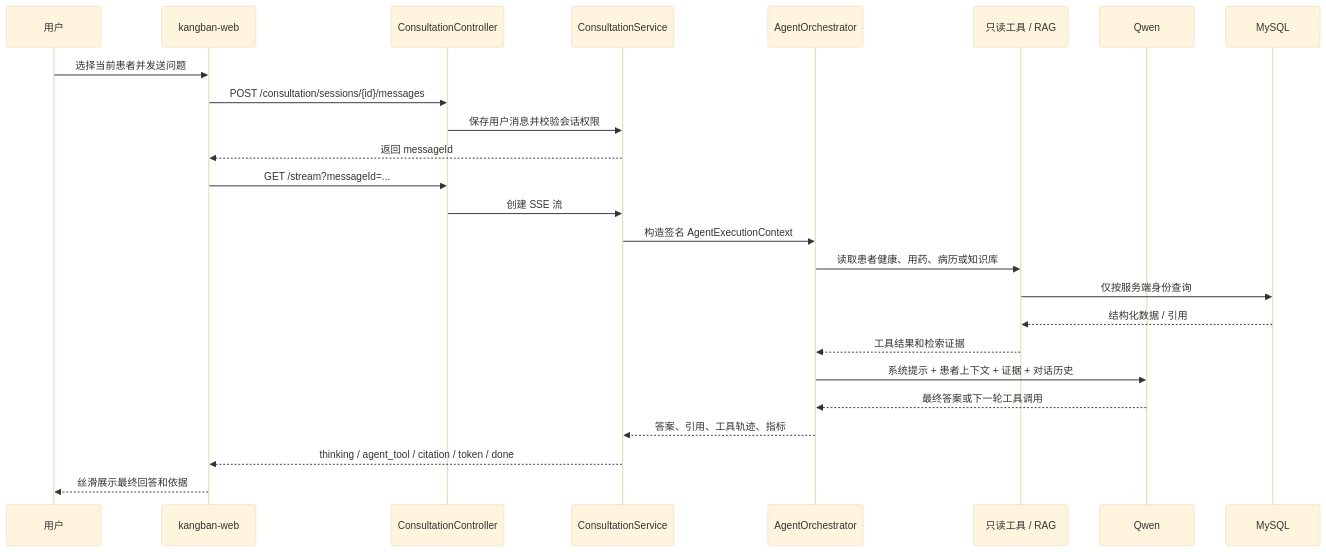
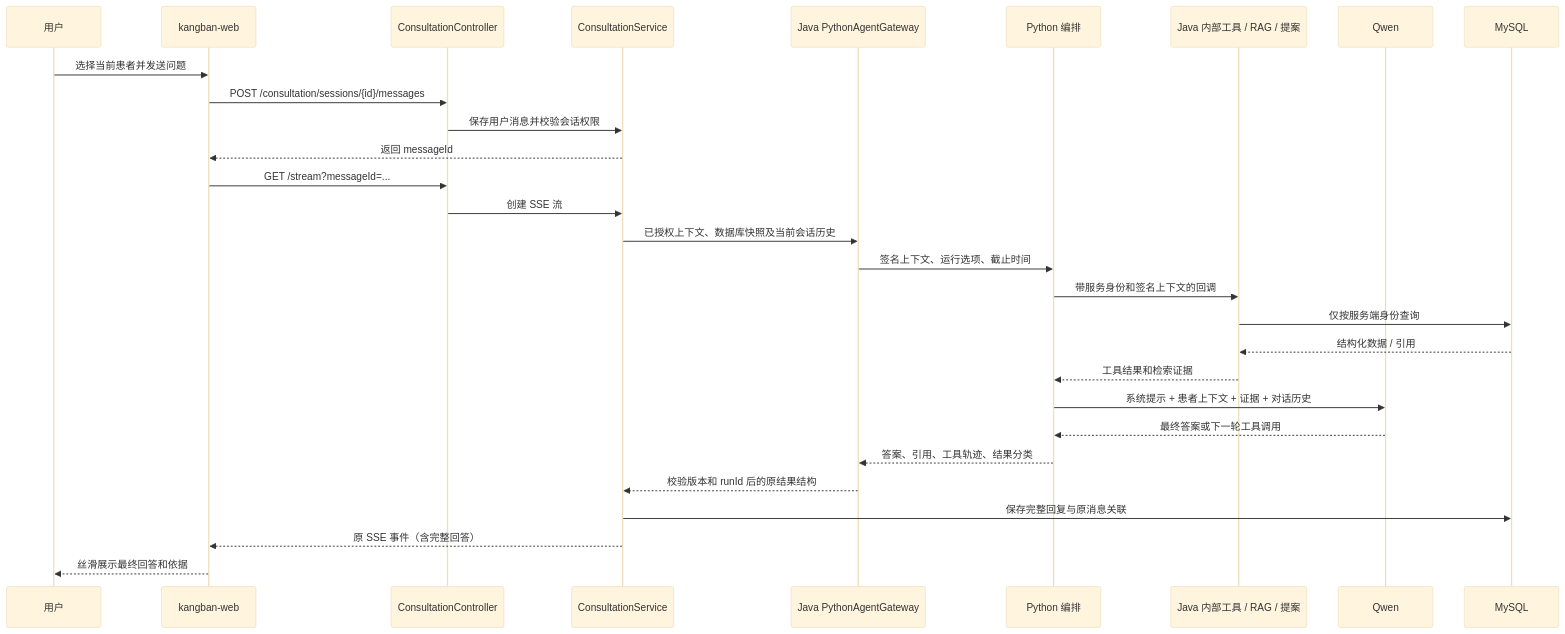
The second of 2 diagrams in docs/agent-architecture.md (Eg0-11/kangban), drawn with Mermaid (base theme) before and after one commit. The commit also changed other lines of this file and 110 other files, not shown here.

Commit message:
feat(agent): publish Kangban Python agent migration

````diff
--- a/docs/agent-architecture.md
+++ b/docs/agent-architecture.md
@@ -63,28 +68,32 @@
 ```mermaid
 sequenceDiagram
     participant U as 用户
     participant W as kangban-web
     participant C as ConsultationController
     participant S as ConsultationService
-    participant A as AgentOrchestrator
-    participant T as 只读工具 / RAG
+    participant G as Java PythonAgentGateway
+    participant A as Python 编排
+    participant T as Java 内部工具 / RAG / 提案
     participant Q as Qwen
     participant DB as MySQL
 
     U->>W: 选择当前患者并发送问题
     W->>C: POST /consultation/sessions/{id}/messages
     C->>S: 保存用户消息并校验会话权限
     S-->>W: 返回 messageId
     W->>C: GET /stream?messageId=...
     C->>S: 创建 SSE 流
-    S->>A: 构造签名 AgentExecutionContext
-    A->>T: 读取患者健康、用药、病历或知识库
+    S->>G: 已授权上下文、数据库快照及当前会话历史
+    G->>A: 签名上下文、运行选项、截止时间
+    A->>T: 带服务身份和签名上下文的回调
     T->>DB: 仅按服务端身份查询
     DB-->>T: 结构化数据 / 引用
     T-->>A: 工具结果和检索证据
     A->>Q: 系统提示 + 患者上下文 + 证据 + 对话历史
     Q-->>A: 最终答案或下一轮工具调用
-    A-->>S: 答案、引用、工具轨迹、指标
-    S-->>W: thinking / agent_tool / citation / token / done
+    A-->>G: 答案、引用、工具轨迹、结果分类
+    G-->>S: 校验版本和 runId 后的原结果结构
+    S->>DB: 保存完整回复与原消息关联
+    S-->>W: 原 SSE 事件（含完整回答）
     W-->>U: 丝滑展示最终回答和依据
 ```
````
